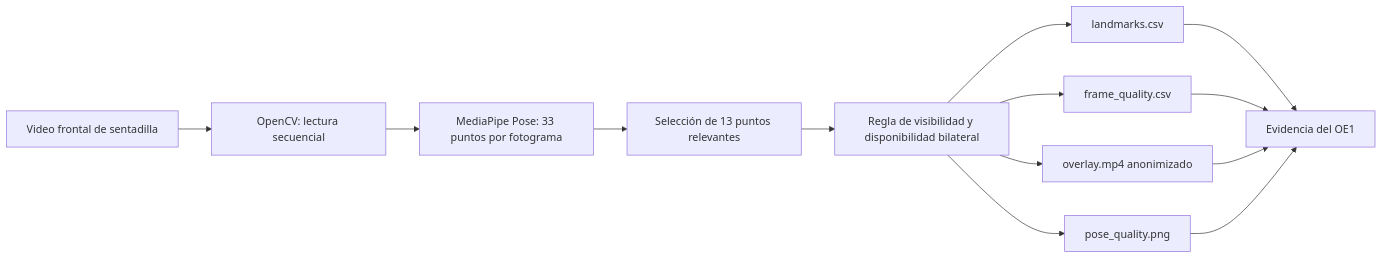
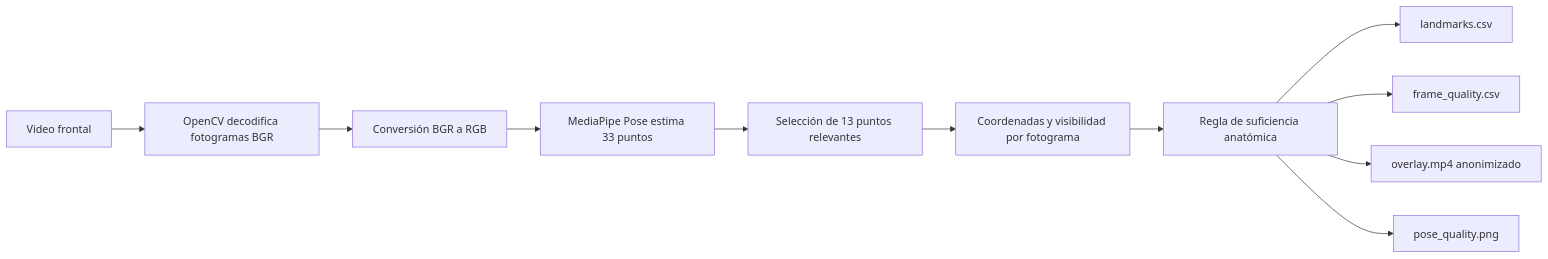
The diagram in docs/evidencia_objetivo_1_estimacion_pose_2d.md (chap0308/sistema-biomecanico), drawn with Mermaid before and after one commit. The commit also changed other lines of this file and 20 other files, not shown here.

````diff
--- a/docs/evidencia_objetivo_1_estimacion_pose_2d.md
+++ b/docs/evidencia_objetivo_1_estimacion_pose_2d.md
@@ -13,15 +13,13 @@
 ```mermaid
 flowchart LR
-    A["Video frontal de sentadilla"] --> B["OpenCV: lectura secuencial"]
-    B --> C["MediaPipe Pose: 33 puntos por fotograma"]
-    C --> D["Selección de 13 puntos relevantes"]
-    D --> E["Regla de visibilidad y disponibilidad bilateral"]
-    E --> F["landmarks.csv"]
-    E --> G["frame_quality.csv"]
-    E --> H["overlay.mp4 anonimizado"]
-    E --> I["pose_quality.png"]
-    F --> J["Evidencia del OE1"]
-    G --> J
-    H --> J
-    I --> J
+    A["Video frontal"] --> B["OpenCV decodifica fotogramas BGR"]
+    B --> C["Conversión BGR a RGB"]
+    C --> D["MediaPipe Pose estima 33 puntos"]
+    D --> E["Selección de 13 puntos relevantes"]
+    E --> F["Coordenadas y visibilidad por fotograma"]
+    F --> G["Regla de suficiencia anatómica"]
+    G --> H["landmarks.csv"]
+    G --> I["frame_quality.csv"]
+    G --> J["overlay.mp4 anonimizado"]
+    G --> K["pose_quality.png"]
 ```
````
